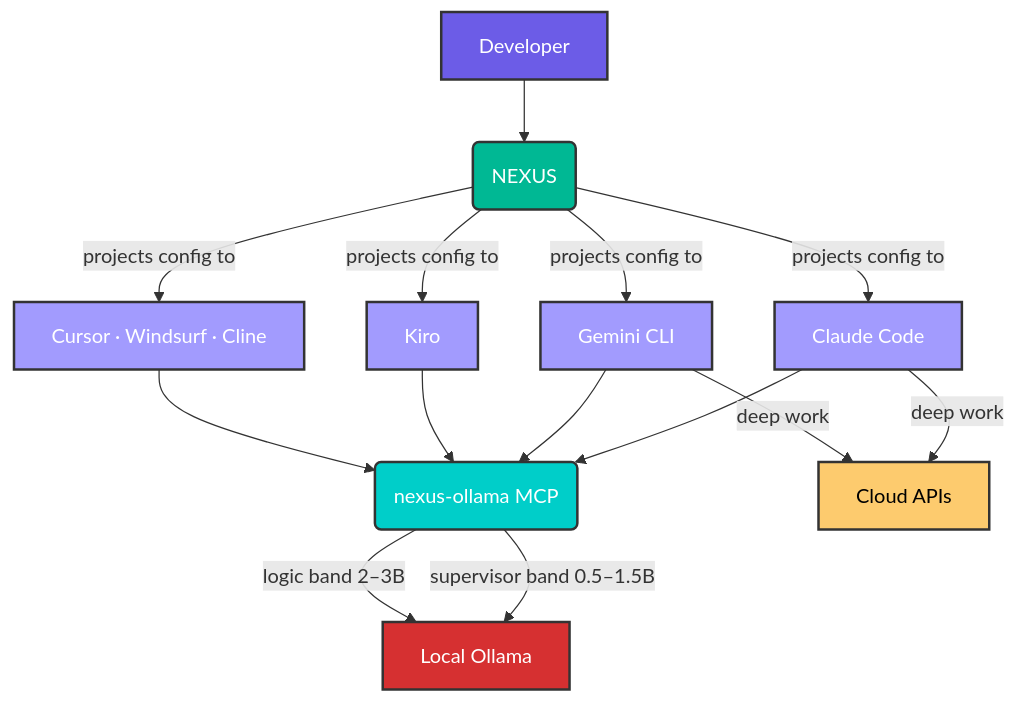
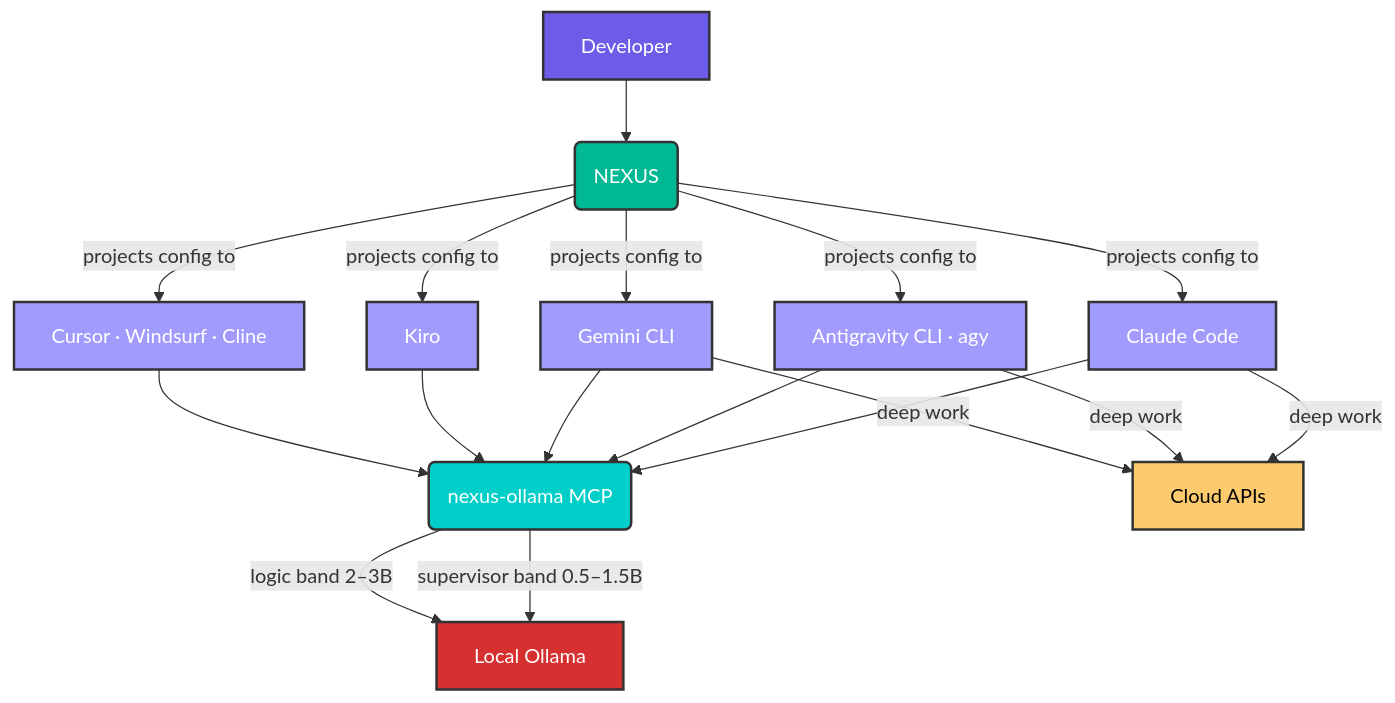
One commit to canoo/agent-nexus changed the diagram in README.md. Above: the diagram before and after it, drawn with Mermaid. The commit also changed other lines of this file and 1 other file, not shown here.

Commit message:
docs: align roadmap and readme with v0.2.0 release, agy router, and persona registry

````diff
--- a/README.md
+++ b/README.md
@@ -123,27 +124,30 @@
 ```mermaid
 graph TD
     classDef user fill:#6c5ce7,stroke:#333,stroke-width:2px,color:#fff;
     classDef nexus fill:#00b894,stroke:#333,stroke-width:2px,color:#fff;
     classDef tool fill:#a29bfe,stroke:#333,stroke-width:2px,color:#fff;
     classDef mcp fill:#00cec9,stroke:#333,stroke-width:2px,color:#fff;
     classDef local fill:#d63031,stroke:#333,stroke-width:2px,color:#fff;
     classDef cloud fill:#fdcb6e,stroke:#333,stroke-width:2px,color:#000;
 
     U[Developer]:::user --> N(NEXUS):::nexus
 
     N -->|projects config to| CC[Claude Code]:::tool
+    N -->|projects config to| AGY[Antigravity CLI · agy]:::tool
     N -->|projects config to| GC[Gemini CLI]:::tool
     N -->|projects config to| KC[Kiro]:::tool
     N -->|projects config to| CU[Cursor · Windsurf · Cline]:::tool
 
     CC --> O(nexus-ollama MCP):::mcp
+    AGY --> O
     GC --> O
     KC --> O
     CU --> O
 
     O -->|supervisor band 0.5–1.5B| L[Local Ollama]:::local
     O -->|logic band 2–3B| L
 
     CC -->|deep work| CL[Cloud APIs]:::cloud
+    AGY -->|deep work| CL
     GC -->|deep work| CL
 ```
````
